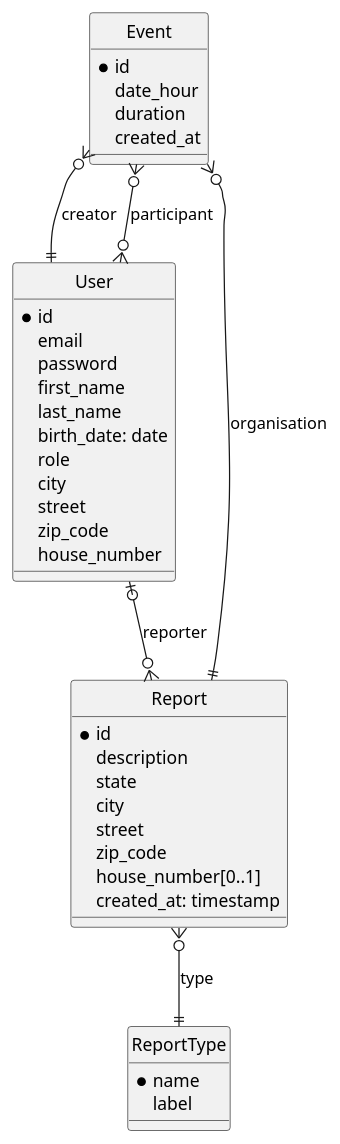
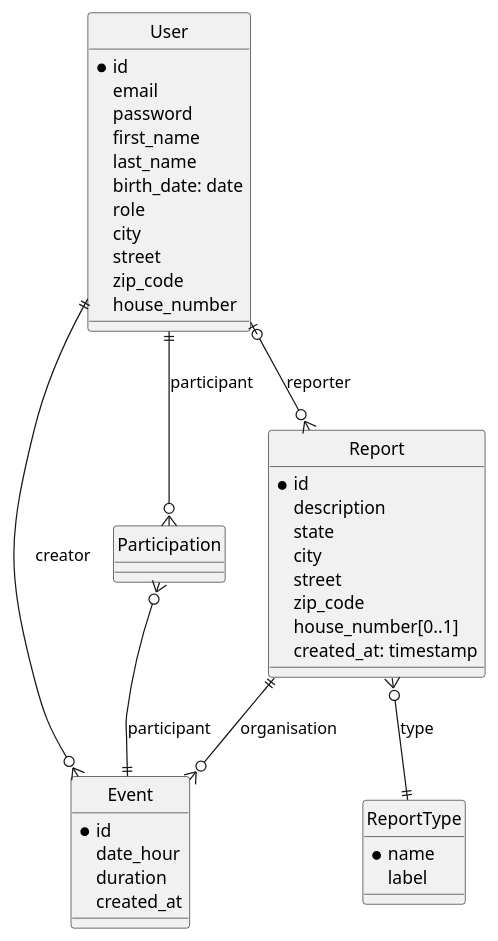
Before and after one commit to ThibBer/smartcity_api: the diagram in schemas/database_EA.puml, drawn with PlantUML. The commit also changed 1 other file, not shown here.

Commit message:
Add participation table database_EA.puml

```diff
--- a/schemas/database_EA.puml
+++ b/schemas/database_EA.puml
@@ -1,47 +1,52 @@
 @startuml
 hide circle
 
 entity User{
     * id
     email
     password
     first_name
     last_name
     birth_date: date
     role
     city
     street
     zip_code
     house_number
+}
+
+entity Participation {
+
 }
 
 entity Report {
     * id
     description
     state
     city
     street
     zip_code
     house_number[0..1]
     created_at: timestamp
 }
 
 entity Event {
     * id
     date_hour
     duration
     created_at
 }
 
 entity ReportType {
     * name
     label
 }
 
 User |o--o{ Report : reporter
 Report ||--o{ Event : organisation
-User }o--o{ Event : participant
-User ||-up-o{ Event : creator
+User ||--o{ Participation : participant
+Participation }o--|| Event : participant
+User ||--o{ Event : creator
 Report }o--|| ReportType : type
 
 @enduml
```
